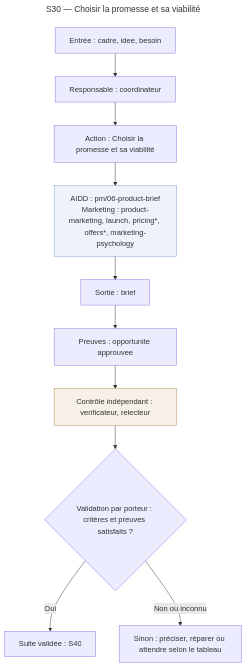
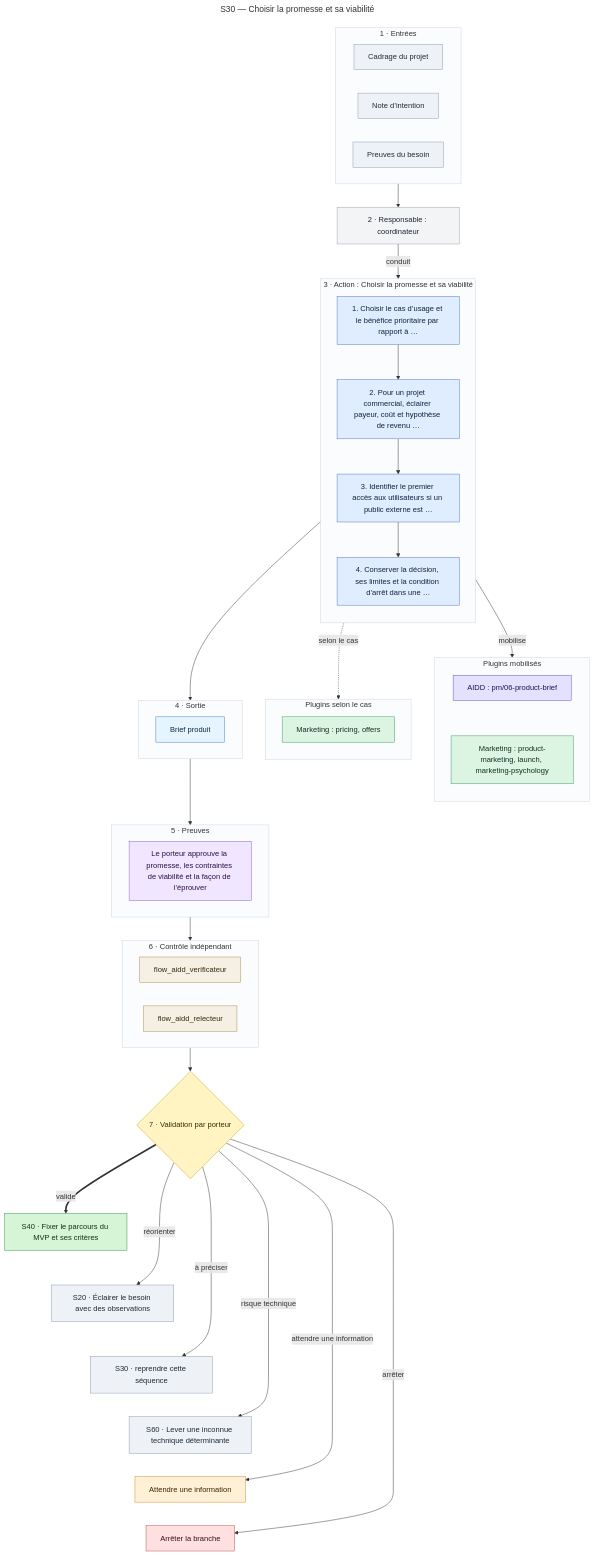
Before and after one commit to yanix2445/flow-aidd: the fifth of 21 diagrams in docs/schemas/schemas.md, drawn with Mermaid. The commit also changed other lines of this file and 23 other files, not shown here.

First line of the commit message:
docs(schemas): redraw Mermaid schemas with aidd-context:09-mermaid

````diff
--- a/docs/schemas/schemas.md
+++ b/docs/schemas/schemas.md
@@ -163,27 +391,99 @@
 title: "S30 — Choisir la promesse et sa viabilité"
 ---
 flowchart TB
-  Entree["Entrée : cadre, idee, besoin"]
-  Responsable["Responsable : coordinateur"]
-  Action["Action : Choisir la promesse et sa viabilité"]
-  Plugins["AIDD : pm/06-product-brief<br/>Marketing : product-marketing, launch, pricing*, offers*, marketing-psychology"]
-  Sortie["Sortie : brief"]
-  Preuve["Preuves : opportunite approuvee"]
-  Controle["Contrôle indépendant : verificateur, relecteur"]
-  Validation{"Validation par porteur : critères et preuves satisfaits ?"}
-  Destination["Suite validée : S40"]
-  AutreIssue["Sinon : préciser, réparer ou attendre selon le tableau"]
-  Entree --> Responsable
-  Responsable --> Action
-  Action --> Plugins
-  Plugins --> Sortie
-  Sortie --> Preuve
-  Preuve --> Controle
+  subgraph Entrees["1 · Entrées"]
+    EntreeCadre["Cadrage du projet"]
+    EntreeIdee["Note d’intention"]
+    EntreeBesoin["Preuves du besoin"]
+  end
+  Responsable["2 · Responsable : coordinateur"]
+  subgraph Action["3 · Action : Choisir la promesse et sa viabilité"]
+    direction TB
+    Etape1["1. Choisir le cas d’usage et le bénéfice prioritaire par rapport à …"]
+    Etape2["2. Pour un projet commercial, éclairer payeur, coût et hypothèse de revenu …"]
+    Etape3["3. Identifier le premier accès aux utilisateurs si un public externe est …"]
+    Etape4["4. Conserver la décision, ses limites et la condition d’arrêt dans une …"]
+  end
+  subgraph Plugins["Plugins mobilisés"]
+    direction TB
+    PluginsAidd["AIDD : pm/06-product-brief"]
+    PluginsMarketing["Marketing : product-marketing, launch, marketing-psychology"]
+  end
+  subgraph PluginsCas["Plugins selon le cas"]
+    direction TB
+    PluginsCasMarketing["Marketing : pricing, offers"]
+  end
+  subgraph Sortie["4 · Sortie"]
+    SortieBrief["Brief produit"]
+  end
+  subgraph Preuves["5 · Preuves"]
+    PreuveOpportuniteApprouvee["Le porteur approuve la promesse, les contraintes de viabilité et la façon de l’éprouver"]
+  end
+  subgraph Controle["6 · Contrôle indépendant"]
+    AgentVerificateur["flow_aidd_verificateur"]
+    AgentRelecteur["flow_aidd_relecteur"]
+  end
+  Validation{"7 · Validation par porteur"}
+  VersS40["S40 · Fixer le parcours du MVP et ses critères"]
+  VersS20["S20 · Éclairer le besoin avec des observations"]
+  VersS30["S30 · reprendre cette séquence"]
+  VersS60["S60 · Lever une inconnue technique déterminante"]
+  VersWAIT_INFO["Attendre une information"]
+  VersSTOP["Arrêter la branche"]
+  Entrees --> Responsable
+  Responsable -- "conduit" --> Action
+  Etape1 --> Etape2
+  Etape2 --> Etape3
+  Etape3 --> Etape4
+  Action -- "mobilise" --> Plugins
+  PluginsAidd ~~~ PluginsMarketing
+  Action -. "selon le cas" .-> PluginsCas
+  Action --> Sortie
+  Sortie --> Preuves
+  Preuves --> Controle
   Controle --> Validation
-  Validation -- "Oui" --> Destination
-  Validation -- "Non ou inconnu" --> AutreIssue
-  classDef plugins fill:#eef3fb,stroke:#7f9cc7
-  class Plugins plugins
-  classDef controle fill:#f6f0e6,stroke:#b08a4f
-  class Controle controle
+  VersS40 ~~~ VersS20
+  VersS20 ~~~ VersS30
+  VersS30 ~~~ VersS60
+  VersS60 ~~~ VersWAIT_INFO
+  VersWAIT_INFO ~~~ VersSTOP
+  Validation == "valide" ==> VersS40
+  Validation -- "réorienter" --> VersS20
+  Validation -- "à préciser" --> VersS30
+  Validation -- "risque technique" --> VersS60
+  Validation -- "attendre une information" --> VersWAIT_INFO
+  Validation -- "arrêter" --> VersSTOP
+  classDef entree fill:#eef2f7,stroke:#8a9bb0,color:#1f2933
+  classDef responsable fill:#f3f4f6,stroke:#9ca3af,color:#1f2933
+  classDef etape fill:#e0ecff,stroke:#4a78c2,color:#10243f
+  classDef aidd fill:#e4e1ff,stroke:#5b4fc7,color:#1d1554
+  classDef marketing fill:#dcf5e3,stroke:#3c9a5f,color:#0f3320
+  classDef sortie fill:#e6f4ff,stroke:#3b82c4,color:#0b2a44
+  classDef preuve fill:#f1e6ff,stroke:#8b5cc7,color:#2b1247
+  classDef controle fill:#f6efe3,stroke:#b08a4f,color:#3a2a10
+  classDef validation fill:#fff4c2,stroke:#c9a227,color:#3a2e00
+  classDef ok fill:#d6f5d6,stroke:#2f8f46,color:#0d3318
+  classDef retour fill:#eef2f7,stroke:#8a9bb0,color:#1f2933
+  classDef attente fill:#fff0d6,stroke:#c98a2b,color:#3a2600
+  classDef stop fill:#ffe0e0,stroke:#c24a4a,color:#3d0f0f
+  class EntreeCadre,EntreeIdee,EntreeBesoin entree
+  class Responsable responsable
+  class Etape1,Etape2,Etape3,Etape4 etape
+  class PluginsAidd aidd
+  class PluginsMarketing,PluginsCasMarketing marketing
+  class SortieBrief sortie
+  class PreuveOpportuniteApprouvee preuve
+  class AgentVerificateur,AgentRelecteur controle
+  class Validation validation
+  class VersS40 ok
+  class VersS20,VersS30,VersS60 retour
+  class VersWAIT_INFO attente
+  class VersSTOP stop
+  style Entrees fill:#fbfcfe,stroke:#cbd5e1
+  style Action fill:#fbfcfe,stroke:#cbd5e1
+  style Plugins fill:#fbfcfe,stroke:#cbd5e1
+  style PluginsCas fill:#fbfcfe,stroke:#cbd5e1
+  style Sortie fill:#fbfcfe,stroke:#cbd5e1
+  style Preuves fill:#fbfcfe,stroke:#cbd5e1
+  style Controle fill:#fbfcfe,stroke:#cbd5e1
 ```
````
